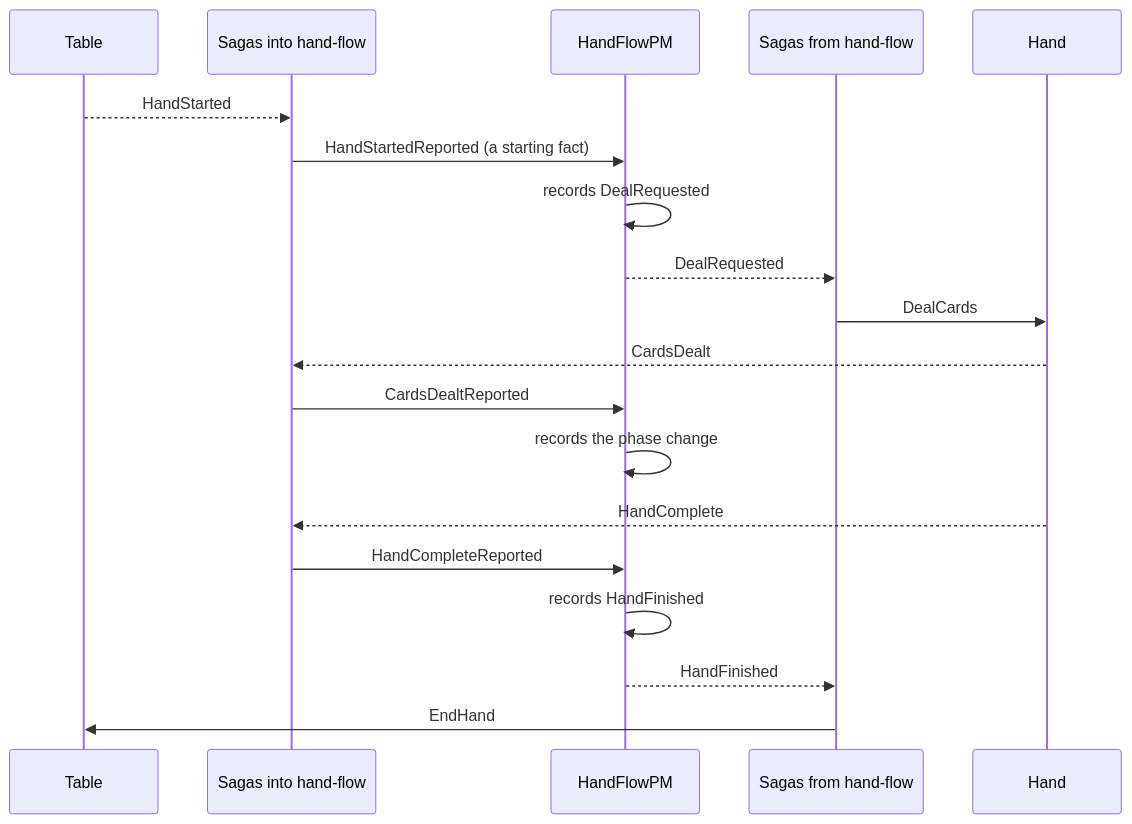
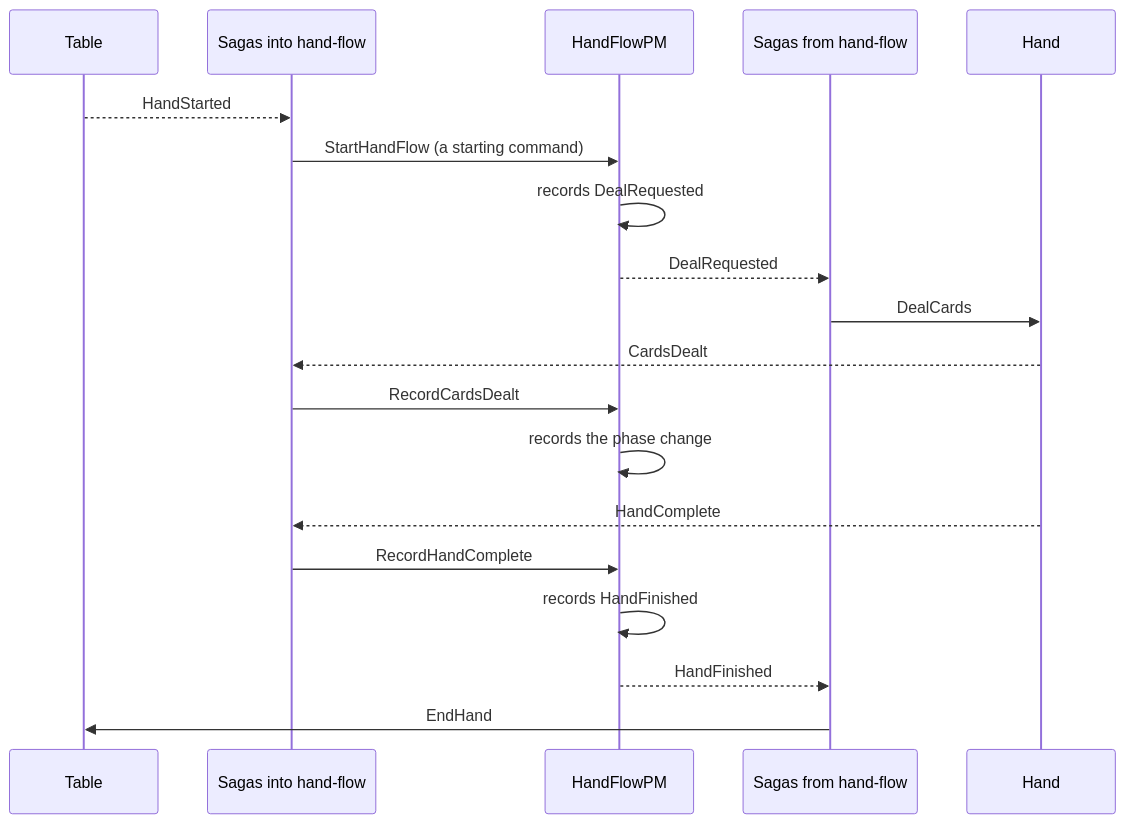
One commit to angzarr-io/angzarr-project changed the diagram in site/src/content/docs/components/process-manager.mdx. Above: the diagram before and after it, drawn with Mermaid. The commit also changed other lines of this file and 5 other files, not shown here.

````diff
--- a/site/src/content/docs/components/process-manager.mdx
+++ b/site/src/content/docs/components/process-manager.mdx
@@ -52,22 +52,22 @@
 ```mermaid
 sequenceDiagram
     participant T as Table
     participant SI as Sagas into hand-flow
     participant PM as HandFlowPM
     participant SO as Sagas from hand-flow
     participant H as Hand
 
     T-->>SI: HandStarted
-    SI->>PM: HandStartedReported (a starting fact)
+    SI->>PM: StartHandFlow (a starting command)
     PM->>PM: records DealRequested
     PM-->>SO: DealRequested
     SO->>H: DealCards
     H-->>SI: CardsDealt
-    SI->>PM: CardsDealtReported
+    SI->>PM: RecordCardsDealt
     PM->>PM: records the phase change
     H-->>SI: HandComplete
-    SI->>PM: HandCompleteReported
+    SI->>PM: RecordHandComplete
     PM->>PM: records HandFinished
     PM-->>SO: HandFinished
     SO->>T: EndHand
 ```
````
